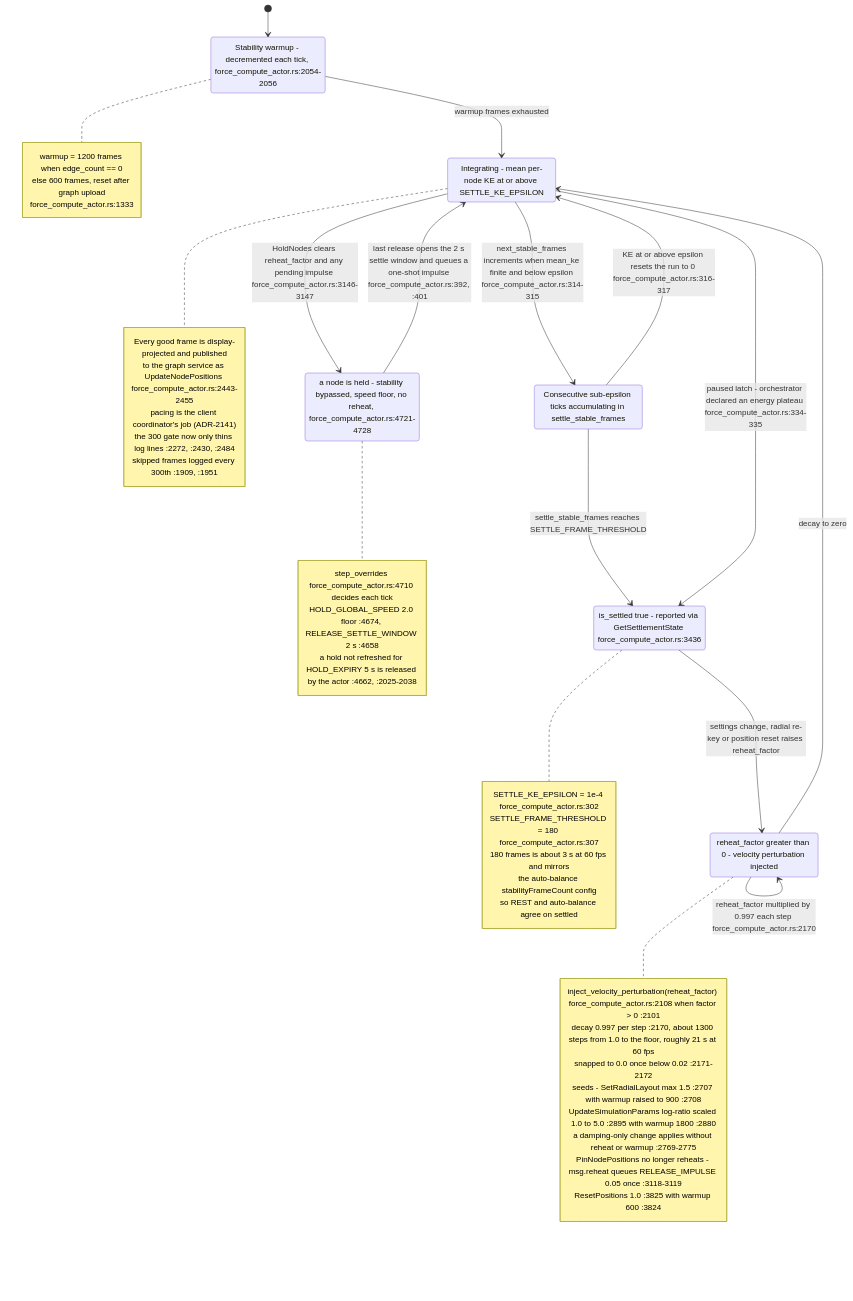
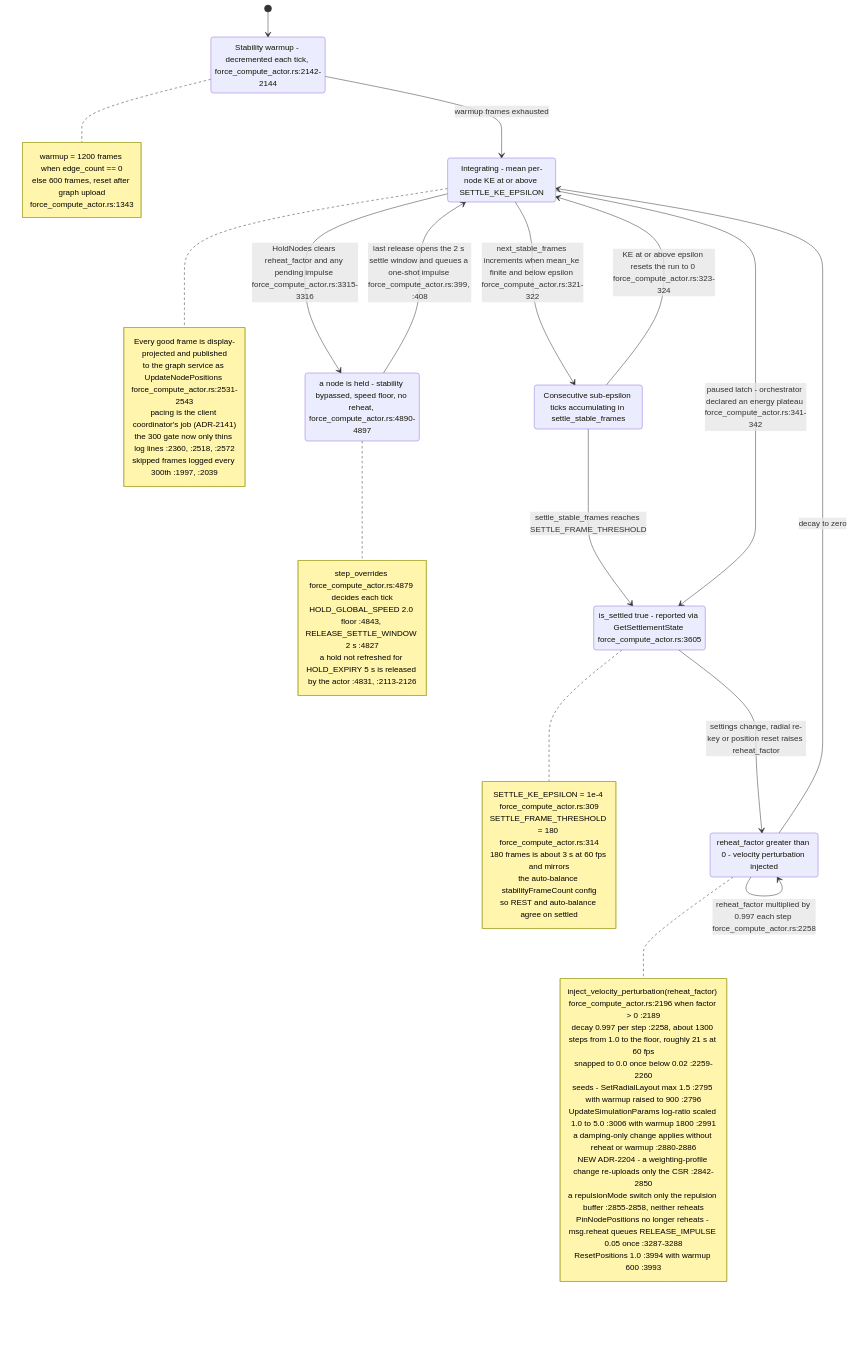
Before and after one commit to DreamLab-AI/VisionFlow: the seventh of 9 diagrams in docs/diagrams/visionclaw/11-physics-step-and-force-channels.md, drawn with Mermaid. The commit also changed other lines of this file and 7 other files, not shown here.

First line of the commit message:
diagrams(visionclaw): re-verify VC-09..VC-16 at visionclaw 4900ec60

````diff
--- a/docs/diagrams/visionclaw/11-physics-step-and-force-channels.md
+++ b/docs/diagrams/visionclaw/11-physics-step-and-force-channels.md
@@ -282,56 +283,58 @@
 ```mermaid
 stateDiagram-v2
     [*] --> Warmup
-    Warmup: Stability warmup - decremented each tick, force_compute_actor.rs:2054-2056
+    Warmup: Stability warmup - decremented each tick, force_compute_actor.rs:2142-2144
     Active: Integrating - mean per-node KE at or above SETTLE_KE_EPSILON
     Settling: Consecutive sub-epsilon ticks accumulating in settle_stable_frames
-    Settled: is_settled true - reported via GetSettlementState force_compute_actor.rs:3436
+    Settled: is_settled true - reported via GetSettlementState force_compute_actor.rs:3605
     Reheated: reheat_factor greater than 0 - velocity perturbation injected
-    Held: a node is held - stability bypassed, speed floor, no reheat, force_compute_actor.rs:4721-4728
+    Held: a node is held - stability bypassed, speed floor, no reheat, force_compute_actor.rs:4890-4897
 
     Warmup --> Active: warmup frames exhausted
-    Active --> Settling: next_stable_frames increments when mean_ke finite and below epsilon force_compute_actor.rs:314-315
-    Settling --> Active: KE at or above epsilon resets the run to 0 force_compute_actor.rs:316-317
+    Active --> Settling: next_stable_frames increments when mean_ke finite and below epsilon force_compute_actor.rs:321-322
+    Settling --> Active: KE at or above epsilon resets the run to 0 force_compute_actor.rs:323-324
     Settling --> Settled: settle_stable_frames reaches SETTLE_FRAME_THRESHOLD
-    Active --> Settled: paused latch - orchestrator declared an energy plateau force_compute_actor.rs:334-335
+    Active --> Settled: paused latch - orchestrator declared an energy plateau force_compute_actor.rs:341-342
     Settled --> Reheated: settings change, radial re-key or position reset raises reheat_factor
     Reheated --> Active: decay to zero
-    Reheated --> Reheated: reheat_factor multiplied by 0.997 each step force_compute_actor.rs:2170
-    Active --> Held: HoldNodes clears reheat_factor and any pending impulse force_compute_actor.rs:3146-3147
-    Held --> Active: last release opens the 2 s settle window and queues a one-shot impulse force_compute_actor.rs:392, :401
+    Reheated --> Reheated: reheat_factor multiplied by 0.997 each step force_compute_actor.rs:2258
+    Active --> Held: HoldNodes clears reheat_factor and any pending impulse force_compute_actor.rs:3315-3316
+    Held --> Active: last release opens the 2 s settle window and queues a one-shot impulse force_compute_actor.rs:399, :408
 
     note right of Warmup
         warmup = 1200 frames when edge_count == 0
         else 600 frames, reset after graph upload
-        force_compute_actor.rs:1333
+        force_compute_actor.rs:1343
     end note
     note right of Settled
-        SETTLE_KE_EPSILON = 1e-4 force_compute_actor.rs:302
-        SETTLE_FRAME_THRESHOLD = 180 force_compute_actor.rs:307
+        SETTLE_KE_EPSILON = 1e-4 force_compute_actor.rs:309
+        SETTLE_FRAME_THRESHOLD = 180 force_compute_actor.rs:314
         180 frames is about 3 s at 60 fps and mirrors
         the auto-balance stabilityFrameCount config
         so REST and auto-balance agree on settled
     end note
     note right of Reheated
-        inject_velocity_perturbation(reheat_factor) force_compute_actor.rs:2108 when factor > 0 :2101
-        decay 0.997 per step :2170, about 1300 steps from 1.0 to the floor, roughly 21 s at 60 fps
-        snapped to 0.0 once below 0.02 :2171-2172
-        seeds - SetRadialLayout max 1.5 :2707 with warmup raised to 900 :2708
-        UpdateSimulationParams log-ratio scaled 1.0 to 5.0 :2895 with warmup 1800 :2880
-        a damping-only change applies without reheat or warmup :2769-2775
-        PinNodePositions no longer reheats - msg.reheat queues RELEASE_IMPULSE 0.05 once :3118-3119
-        ResetPositions 1.0 :3825 with warmup 600 :3824
+        inject_velocity_perturbation(reheat_factor) force_compute_actor.rs:2196 when factor > 0 :2189
+        decay 0.997 per step :2258, about 1300 steps from 1.0 to the floor, roughly 21 s at 60 fps
+        snapped to 0.0 once below 0.02 :2259-2260
+        seeds - SetRadialLayout max 1.5 :2795 with warmup raised to 900 :2796
+        UpdateSimulationParams log-ratio scaled 1.0 to 5.0 :3006 with warmup 1800 :2991
+        a damping-only change applies without reheat or warmup :2880-2886
+        NEW ADR-2204 - a weighting-profile change re-uploads only the CSR :2842-2850
+        a repulsionMode switch only the repulsion buffer :2855-2858, neither reheats
+        PinNodePositions no longer reheats - msg.reheat queues RELEASE_IMPULSE 0.05 once :3287-3288
+        ResetPositions 1.0 :3994 with warmup 600 :3993
     end note
     note right of Held
-        step_overrides force_compute_actor.rs:4710 decides each tick
-        HOLD_GLOBAL_SPEED 2.0 floor :4674, RELEASE_SETTLE_WINDOW 2 s :4658
-        a hold not refreshed for HOLD_EXPIRY 5 s is released by the actor :4662, :2025-2038
+        step_overrides force_compute_actor.rs:4879 decides each tick
+        HOLD_GLOBAL_SPEED 2.0 floor :4843, RELEASE_SETTLE_WINDOW 2 s :4827
+        a hold not refreshed for HOLD_EXPIRY 5 s is released by the actor :4831, :2113-2126
     end note
     note right of Active
         Every good frame is display-projected and published
-        to the graph service as UpdateNodePositions force_compute_actor.rs:2443-2455
+        to the graph service as UpdateNodePositions force_compute_actor.rs:2531-2543
         pacing is the client coordinator's job (ADR-2141)
-        the 300 gate now only thins log lines :2272, :2430, :2484
-        skipped frames logged every 300th :1909, :1951
+        the 300 gate now only thins log lines :2360, :2518, :2572
+        skipped frames logged every 300th :1997, :2039
     end note
 ```
````
